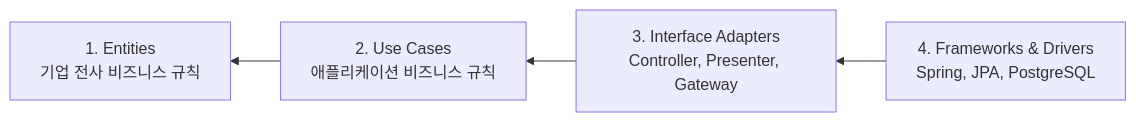
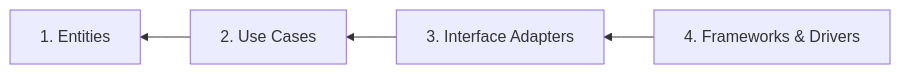
Before and after one commit to ktae23/TIL: the first of 3 diagrams in MSA/13-clean-architecture-dependency-rule.md, drawn with Mermaid. The commit also changed other lines of this file and 3 other files, not shown here.

````diff
--- a/MSA/13-clean-architecture-dependency-rule.md
+++ b/MSA/13-clean-architecture-dependency-rule.md
@@ -20,8 +20,4 @@
 ```mermaid
 graph RL
-    F["4. Frameworks & Drivers<br/>Spring, JPA, PostgreSQL"]
-    IA["3. Interface Adapters<br/>Controller, Presenter, Gateway"]
-    UC["2. Use Cases<br/>애플리케이션 비즈니스 규칙"]
-    E["1. Entities<br/>기업 전사 비즈니스 규칙"]
-    F --> IA --> UC --> E
+    F["4. Frameworks & Drivers"] --> IA["3. Interface Adapters"] --> UC["2. Use Cases"] --> E["1. Entities"]
 ```
````
